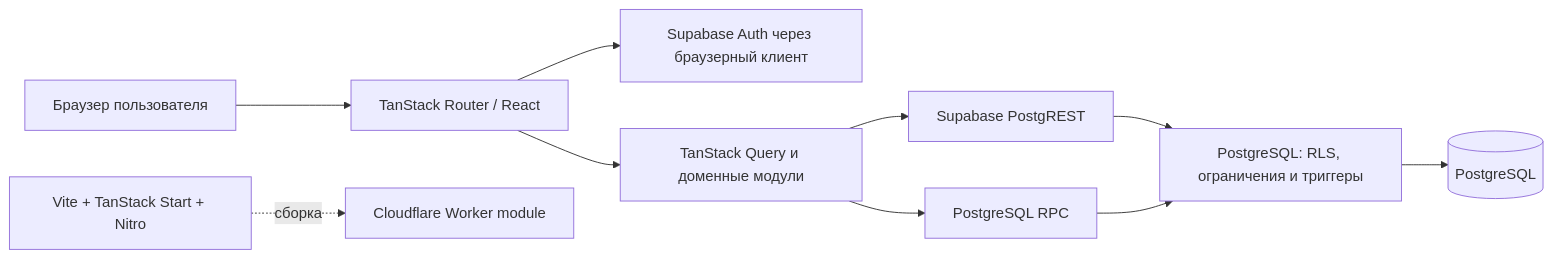
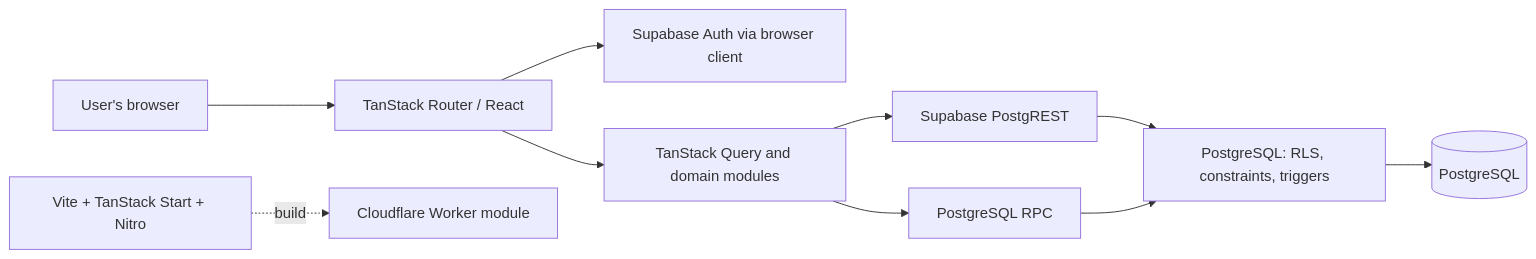
Before and after one commit to MiolesBlues/progress-tracker: the diagram in docs/ARCHITECTURE.md, drawn with Mermaid. The commit also changed other lines of this file and 78 other files, not shown here.

````diff
--- a/docs/ARCHITECTURE.md
+++ b/docs/ARCHITECTURE.md
@@ -9,12 +9,12 @@
 ```mermaid
 flowchart LR
-  User[Браузер пользователя] --> Routes[TanStack Router / React]
-  Routes --> Auth[Supabase Auth через браузерный клиент]
-  Routes --> Query[TanStack Query и доменные модули]
+  User[User's browser] --> Routes[TanStack Router / React]
+  Routes --> Auth[Supabase Auth via browser client]
+  Routes --> Query[TanStack Query and domain modules]
   Query --> REST[Supabase PostgREST]
   Query --> RPC[PostgreSQL RPC]
-  REST --> RLS[PostgreSQL: RLS, ограничения и триггеры]
+  REST --> RLS[PostgreSQL: RLS, constraints, triggers]
   RPC --> RLS
   RLS --> DB[(PostgreSQL)]
-  Build[Vite + TanStack Start + Nitro] -. сборка .-> Artifact[Cloudflare Worker module]
+  Build[Vite + TanStack Start + Nitro] -. build .-> Artifact[Cloudflare Worker module]
 ```
````
